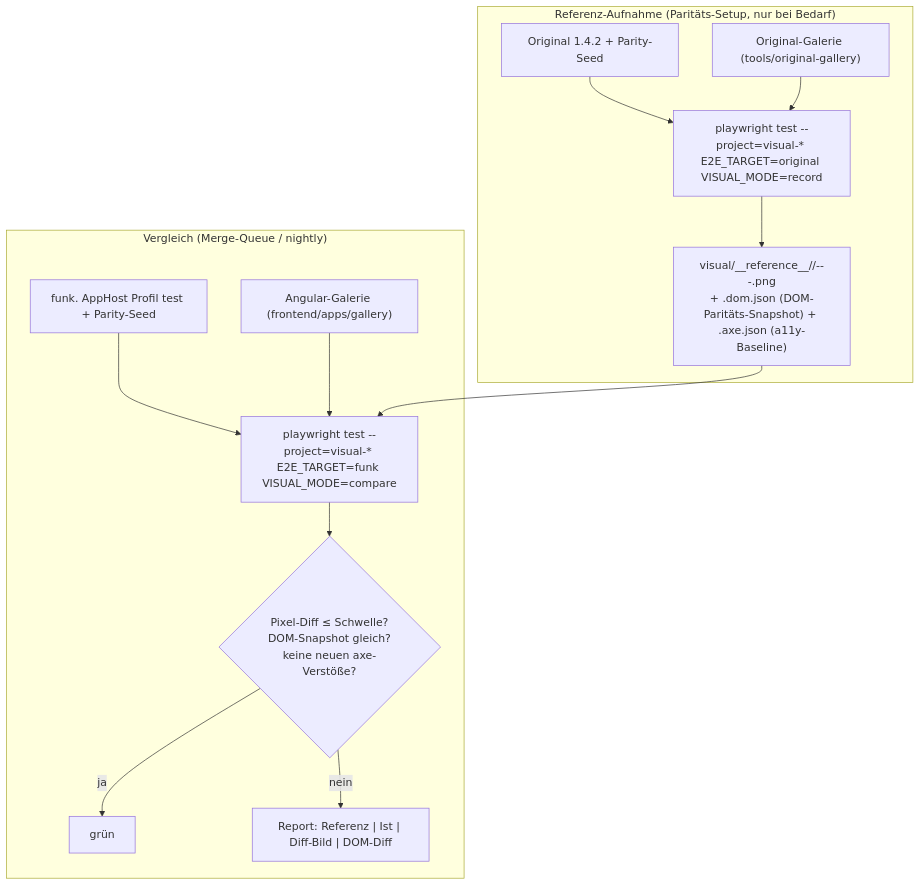
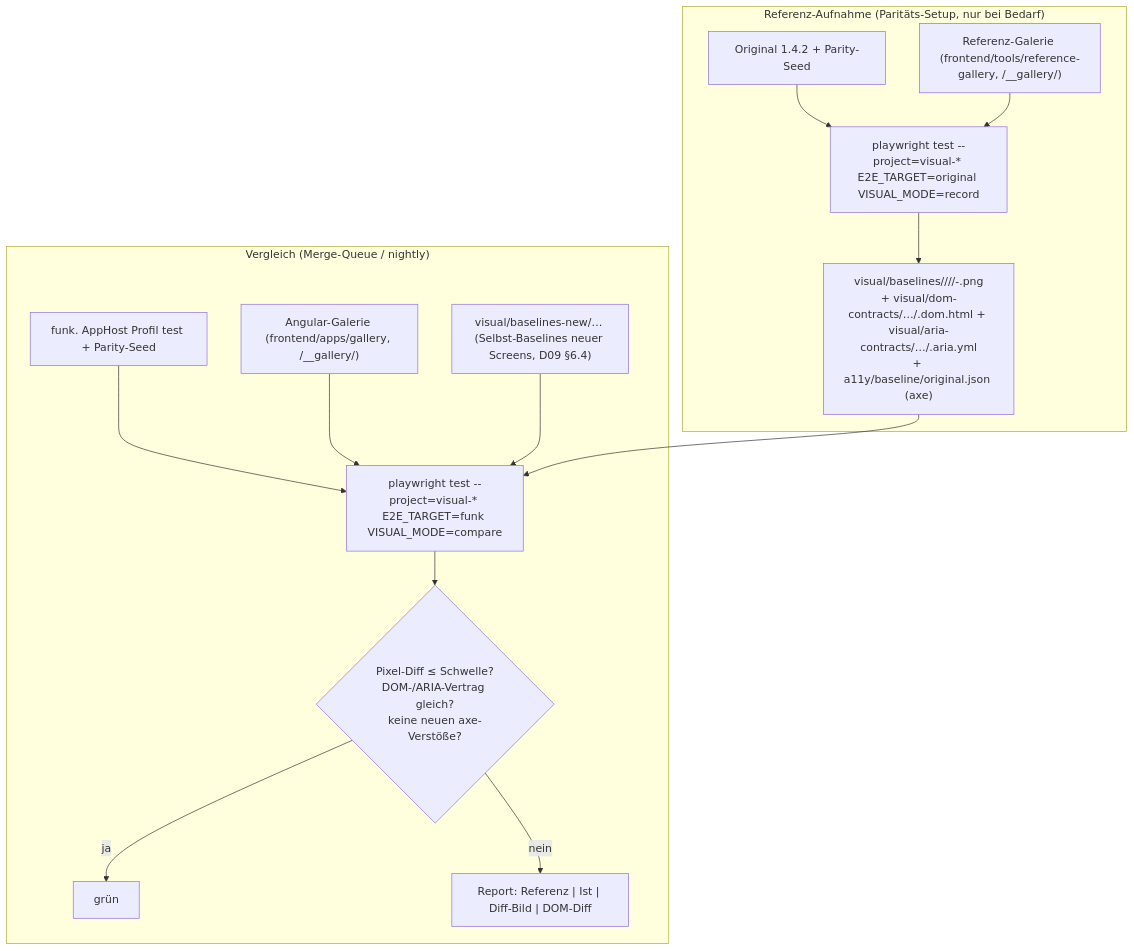
Before and after one commit to mlwr/plane: the fifth of 6 diagrams in migration/architecture/15-teststrategie-qualitaet-paritaet.md, drawn with Mermaid. The commit also changed other lines of this file and 9 other files, not shown here.

````diff
--- a/migration/architecture/15-teststrategie-qualitaet-paritaet.md
+++ b/migration/architecture/15-teststrategie-qualitaet-paritaet.md
@@ -754,16 +761,17 @@
 ```mermaid
 flowchart TB
   subgraph Ref["Referenz-Aufnahme (Paritäts-Setup, nur bei Bedarf)"]
     O1["Original 1.4.2 + Parity-Seed"] --> R1["playwright test --project=visual-* <br/>E2E_TARGET=original VISUAL_MODE=record"]
-    OG["Original-Galerie (tools/original-gallery)"] --> R1
-    R1 --> REF["visual/__reference__/<suite>/<prüfpunkt>-<theme>-<viewport>-<browser>.png<br/>+ .dom.json (DOM-Paritäts-Snapshot) + .axe.json (a11y-Baseline)"]
+    OG["Referenz-Galerie (frontend/tools/reference-gallery, /__gallery/)"] --> R1
+    R1 --> REF["visual/baselines/<app>/<entry-id>/<state-id>/<theme>-<viewport>.png<br/>+ visual/dom-contracts/…/<state-id>.dom.html + visual/aria-contracts/…/<state-id>.aria.yml<br/>+ a11y/baseline/original.json (axe)"]
   end
   subgraph Cmp["Vergleich (Merge-Queue / nightly)"]
     F1["funk. AppHost Profil test + Parity-Seed"] --> C1["playwright test --project=visual-* <br/>E2E_TARGET=funk VISUAL_MODE=compare"]
-    FG["Angular-Galerie (frontend/apps/gallery)"] --> C1
-    C1 --> D1{"Pixel-Diff ≤ Schwelle?<br/>DOM-Snapshot gleich?<br/>keine neuen axe-Verstöße?"}
+    FG["Angular-Galerie (frontend/apps/gallery, /__gallery/)"] --> C1
+    NEW["visual/baselines-new/… (Selbst-Baselines neuer Screens, D09 §6.4)"] --> C1
+    C1 --> D1{"Pixel-Diff ≤ Schwelle?<br/>DOM-/ARIA-Vertrag gleich?<br/>keine neuen axe-Verstöße?"}
     D1 -->|ja| OK["grün"]
     D1 -->|nein| REP["Report: Referenz | Ist | Diff-Bild | DOM-Diff"]
   end
   REF --> C1
 ```
````
